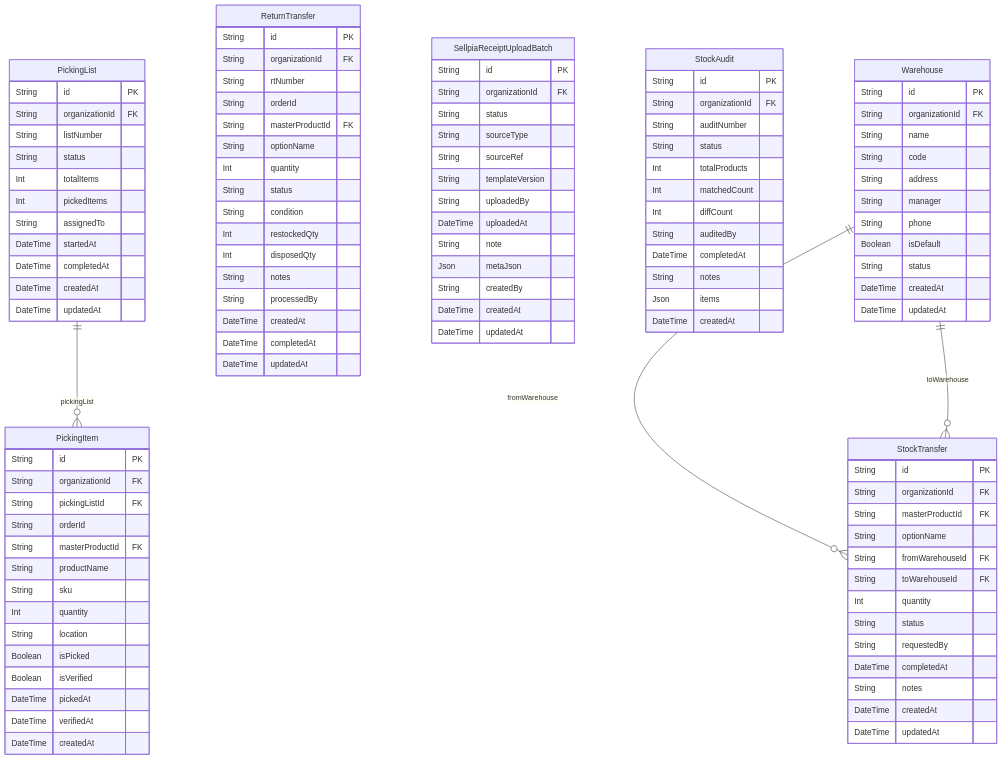
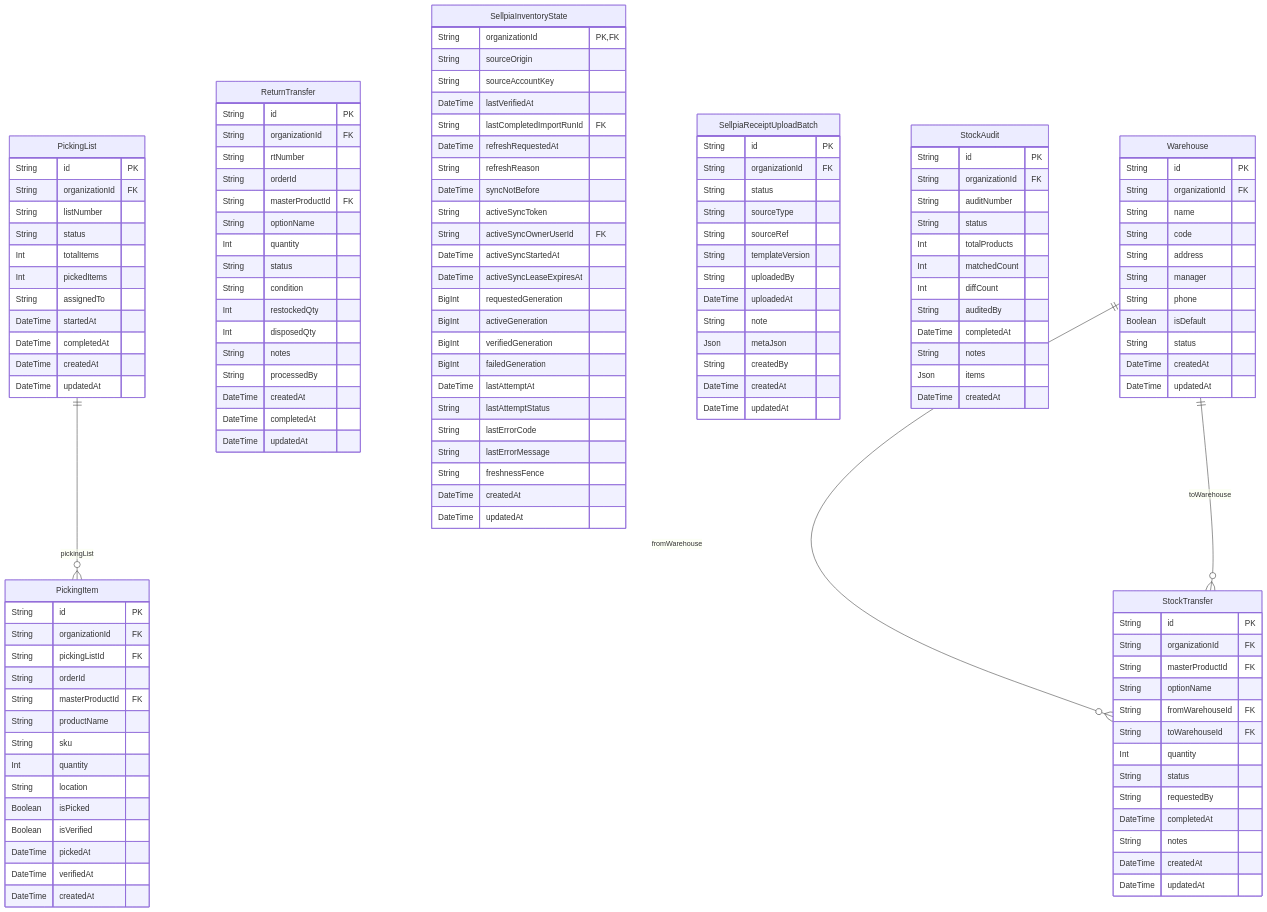
One commit to AgentFoundry-Labs/kiditem changed the diagram in docs/erd/inventory.md. Above: the diagram before and after it, drawn with Mermaid. The commit also changed other lines of this file and 19 other files, not shown here.

Commit message:
feat: persist Sellpia freshness state

```diff
--- a/docs/erd/inventory.md
+++ b/docs/erd/inventory.md
@@ -66,6 +67,31 @@
     String processedBy
     DateTime createdAt
     DateTime completedAt
+    DateTime updatedAt
+  }
+  SellpiaInventoryState {
+    String organizationId PK,FK
+    String sourceOrigin
+    String sourceAccountKey
+    DateTime lastVerifiedAt
+    String lastCompletedImportRunId FK
+    DateTime refreshRequestedAt
+    String refreshReason
+    DateTime syncNotBefore
+    String activeSyncToken
+    String activeSyncOwnerUserId FK
+    DateTime activeSyncStartedAt
+    DateTime activeSyncLeaseExpiresAt
+    BigInt requestedGeneration
+    BigInt activeGeneration
+    BigInt verifiedGeneration
+    BigInt failedGeneration
+    DateTime lastAttemptAt
+    String lastAttemptStatus
+    String lastErrorCode
+    String lastErrorMessage
+    String freshnessFence
+    DateTime createdAt
     DateTime updatedAt
   }
   SellpiaReceiptUploadBatch {
```
